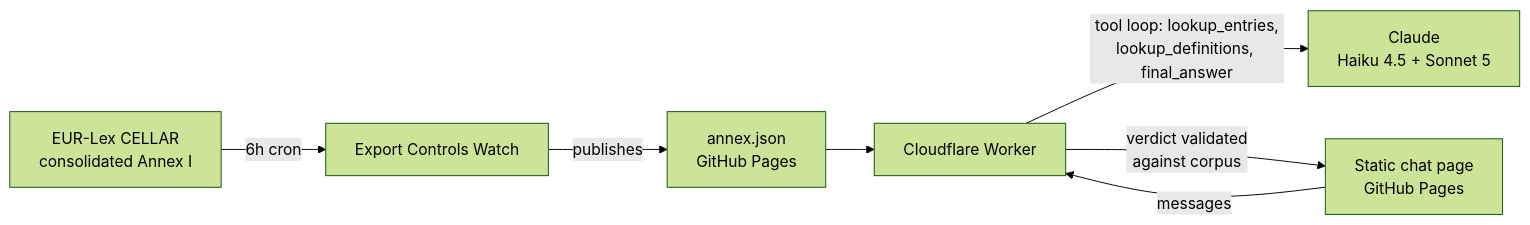
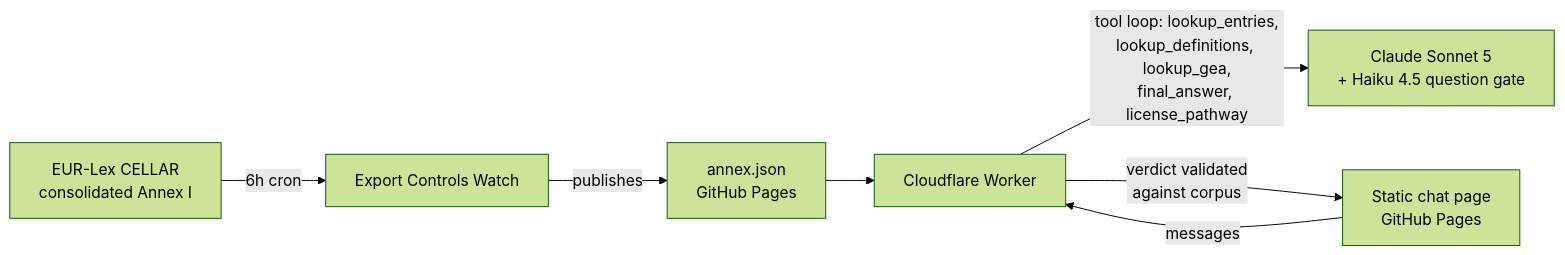
Before and after one commit to rikiosso/dualuse-classifier: the diagram in README.md, drawn with Mermaid (forest theme). The commit also changed other lines of this file, not shown here.

Commit message:
docs: README reflects the current build — Sonnet interview, question gate, validator suite, merged card, 68 tests

````diff
--- a/README.md
+++ b/README.md
@@ -28,9 +29,9 @@
 ```mermaid
 flowchart LR
     A[EUR-Lex CELLAR\nconsolidated Annex I] -->|6h cron| B[Export Controls Watch]
     B -->|publishes| C[annex.json\nGitHub Pages]
     C --> D[Cloudflare Worker]
     E[Static chat page\nGitHub Pages] -->|messages| D
-    D -->|"tool loop: lookup_entries,\nlookup_definitions, final_answer"| F[Claude\nHaiku 4.5 + Sonnet 5]
+    D -->|"tool loop: lookup_entries,\nlookup_definitions, lookup_gea,\nfinal_answer, license_pathway"| F[Claude Sonnet 5\n+ Haiku 4.5 question gate]
     D -->|verdict validated\nagainst corpus| E
 ```
````
